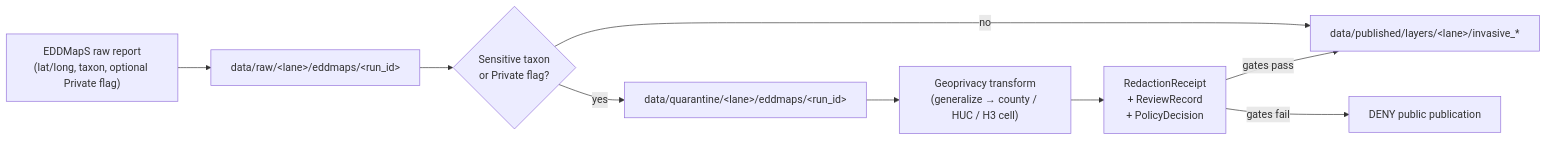
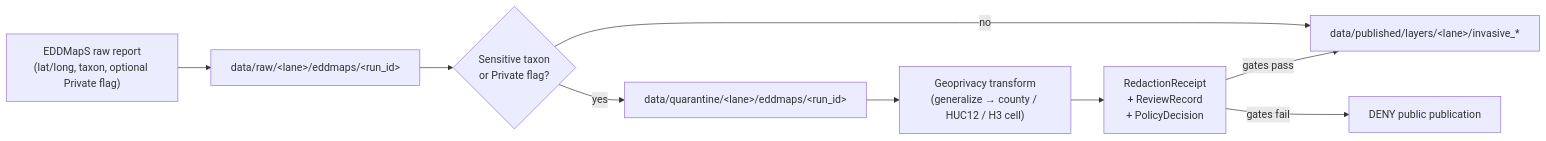
Before and after one commit to bartytime4life/Kansas-Frontier-Matrix: the first of 2 diagrams in docs/sources/catalog/eddmaps/README.md, drawn with Mermaid. The commit also changed other lines of this file, not shown here.

````diff
--- a/docs/sources/catalog/eddmaps/README.md
+++ b/docs/sources/catalog/eddmaps/README.md
@@ -218,20 +270,20 @@
 ```mermaid
 flowchart LR
   A["EDDMapS raw report<br/>(lat/long, taxon, optional Private flag)"]
   B{Sensitive taxon<br/>or Private flag?}
   C["data/raw/&lt;lane&gt;/eddmaps/&lt;run_id&gt;"]
   Q["data/quarantine/&lt;lane&gt;/eddmaps/&lt;run_id&gt;"]
-  G["Geoprivacy transform<br/>(generalize → county / HUC / H3 cell)"]
+  G["Geoprivacy transform<br/>(generalize → county / HUC12 / H3 cell)"]
   R["RedactionReceipt<br/>+ ReviewRecord<br/>+ PolicyDecision"]
   P["data/published/layers/&lt;lane&gt;/invasive_*"]
   D["DENY public publication"]
 
   A --> C
   C --> B
   B -- yes --> Q
   Q --> G
   G --> R
   R -->|gates pass| P
   R -->|gates fail| D
   B -- no --> P
 ```
````
